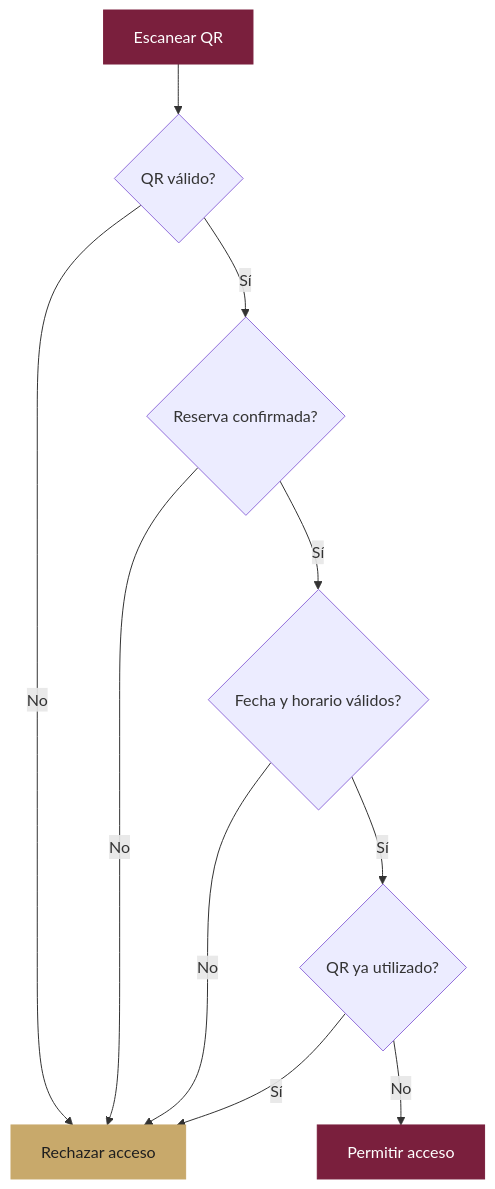
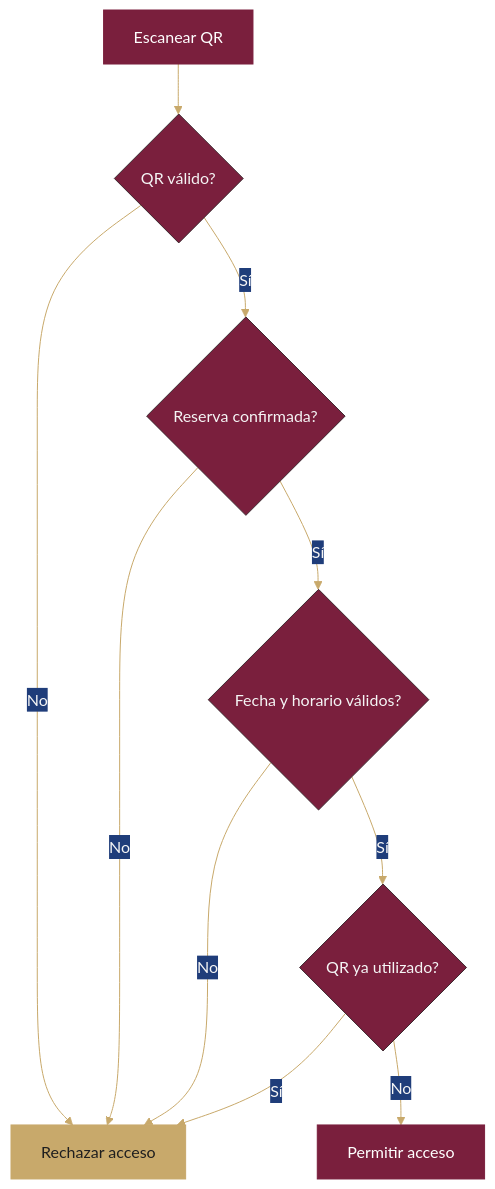
The fifth of 8 diagrams in README.md (LaoraSad/omegaComplex), drawn with Mermaid before and after one commit. The commit also changed other lines of this file and 8 other files, not shown here.

````diff
--- a/README.md
+++ b/README.md
@@ -478,30 +340,18 @@
 ```mermaid
+%%{init: {'theme':'base','themeVariables':{'primaryColor':'#7A1F3D','primaryTextColor':'#F5F5F5','lineColor':'#C8A96B'}}}%%
 flowchart TD
-    Scan["Escanear QR"]
-    ValidQR{"QR válido?"}
-    Reservation{"Reserva confirmada?"}
-    Time{"Fecha y horario válidos?"}
-    Used{"QR ya utilizado?"}
-    Allow["Permitir acceso"]
-    Reject["Rechazar acceso"]
-
-    Scan --> ValidQR
-
+    Scan["Escanear QR"] --> ValidQR{"QR válido?"}
     ValidQR -->|No| Reject
-    ValidQR -->|Sí| Reservation
-
+    ValidQR -->|Sí| Reservation{"Reserva confirmada?"}
     Reservation -->|No| Reject
-    Reservation -->|Sí| Time
-
+    Reservation -->|Sí| Time{"Fecha y horario válidos?"}
     Time -->|No| Reject
-    Time -->|Sí| Used
-
-    Used -->|Sí| Reject
-    Used -->|No| Allow
+    Time -->|Sí| Used{"QR ya utilizado?"}
+    Used -->|Sí| Reject["Rechazar acceso"]
+    Used -->|No| Allow["Permitir acceso"]
 
     classDef primary fill:#7A1F3D,color:#fff,stroke:#7A1F3D;
     classDef accent fill:#C8A96B,color:#1F1F1F,stroke:#C8A96B;
-
     class Scan,Allow primary;
     class Reject accent;
 ```
````
